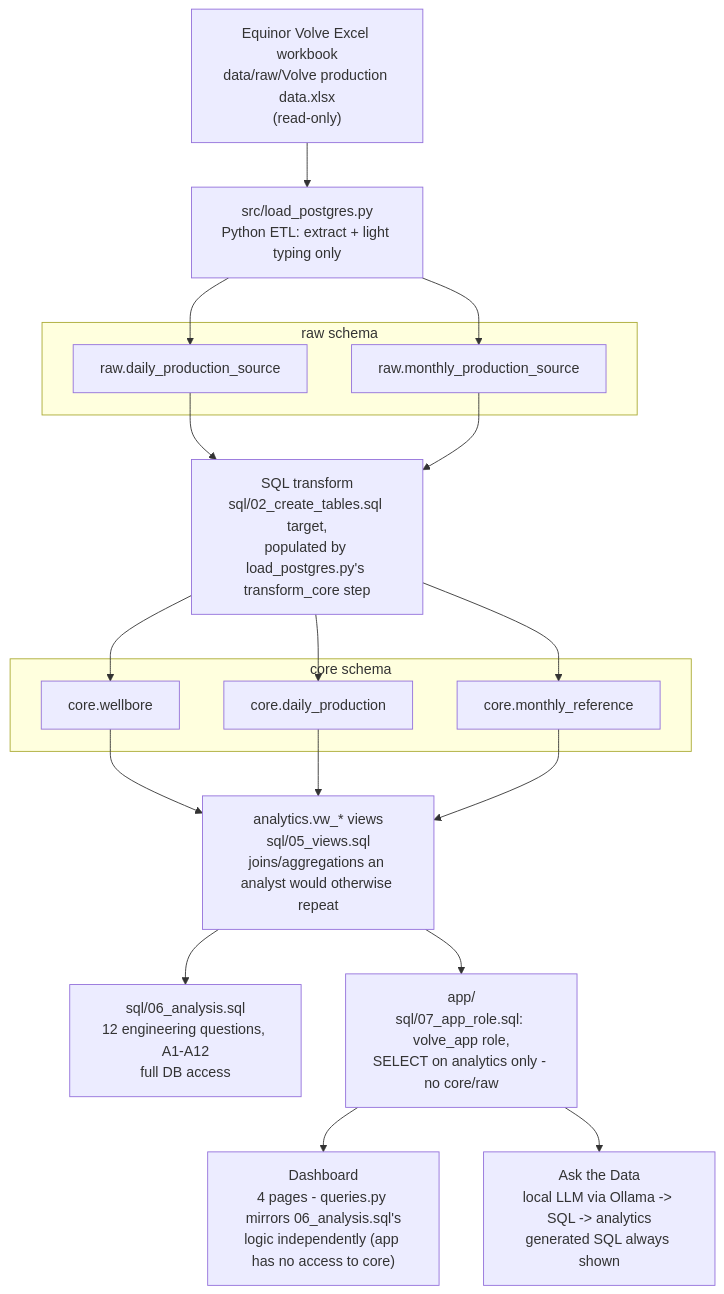
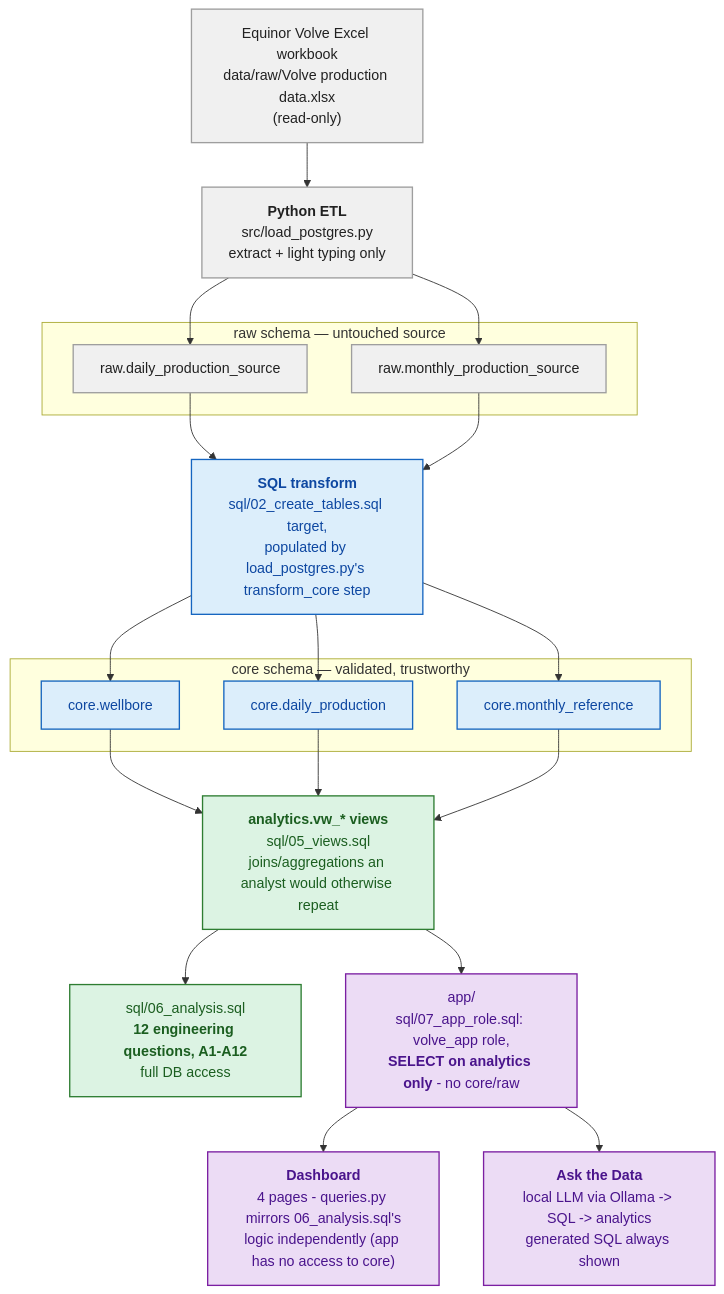
One commit to djimrastephane/Volve_SQL changed the diagram in README.md. Above: the diagram before and after it, drawn with Mermaid. The commit also changed other lines of this file, not shown here.

Commit message:
Make README architecture diagram more accessible
Color-code the Mermaid diagram by pipeline stage (grey=source,
blue=validated core, green=analytics views, purple=user-facing app)
and bold the key step in each node, so the flow reads at a glance
without requiring familiarity with the schema names. Add a short
plain-English summary above the diagram for a non-technical reader
(e.g. a recruiter) before the technical detail.

````diff
--- a/README.md
+++ b/README.md
@@ -134,41 +143,51 @@
 ```mermaid
 flowchart TD
     A["Equinor Volve Excel workbook<br/>data/raw/Volve production data.xlsx<br/>(read-only)"]
-    B["src/load_postgres.py<br/>Python ETL: extract + light typing only"]
+    B["<b>Python ETL</b><br/>src/load_postgres.py<br/>extract + light typing only"]
     A --> B
 
-    subgraph RAW["raw schema"]
+    subgraph RAW["raw schema — untouched source"]
         C1["raw.daily_production_source"]
         C2["raw.monthly_production_source"]
     end
     B --> C1
     B --> C2
 
-    D["SQL transform<br/>sql/02_create_tables.sql target,<br/>populated by load_postgres.py's transform_core step"]
+    D["<b>SQL transform</b><br/>sql/02_create_tables.sql target,<br/>populated by load_postgres.py's transform_core step"]
     C1 --> D
     C2 --> D
 
-    subgraph CORE["core schema"]
+    subgraph CORE["core schema — validated, trustworthy"]
         E1["core.wellbore"]
         E2["core.daily_production"]
         E3["core.monthly_reference"]
     end
     D --> E1
     D --> E2
     D --> E3
 
-    F["analytics.vw_* views<br/>sql/05_views.sql<br/>joins/aggregations an analyst would otherwise repeat"]
+    F["<b>analytics.vw_* views</b><br/>sql/05_views.sql<br/>joins/aggregations an analyst would otherwise repeat"]
     E1 --> F
     E2 --> F
     E3 --> F
 
-    G["sql/06_analysis.sql<br/>12 engineering questions, A1-A12<br/>full DB access"]
-    H["app/<br/>sql/07_app_role.sql: volve_app role,<br/>SELECT on analytics only - no core/raw"]
+    G["sql/06_analysis.sql<br/><b>12 engineering questions, A1-A12</b><br/>full DB access"]
+    H["app/<br/>sql/07_app_role.sql: volve_app role,<br/><b>SELECT on analytics only</b> - no core/raw"]
     F --> G
     F --> H
 
-    I["Dashboard<br/>4 pages - queries.py mirrors 06_analysis.sql's<br/>logic independently (app has no access to core)"]
-    J["Ask the Data<br/>local LLM via Ollama -> SQL -> analytics<br/>generated SQL always shown"]
+    I["<b>Dashboard</b><br/>4 pages - queries.py mirrors 06_analysis.sql's<br/>logic independently (app has no access to core)"]
+    J["<b>Ask the Data</b><br/>local LLM via Ollama -> SQL -> analytics<br/>generated SQL always shown"]
     H --> I
     H --> J
+
+    classDef rawStyle fill:#f0f0f0,stroke:#9e9e9e,color:#212121,stroke-width:1.5px
+    classDef coreStyle fill:#dceefb,stroke:#1565c0,color:#0d47a1,stroke-width:1.5px
+    classDef analyticsStyle fill:#dcf3e3,stroke:#2e7d32,color:#1b5e20,stroke-width:1.5px
+    classDef appStyle fill:#ecdcf5,stroke:#7b1fa2,color:#4a148c,stroke-width:1.5px
+
+    class A,B,C1,C2 rawStyle
+    class D,E1,E2,E3 coreStyle
+    class F,G analyticsStyle
+    class H,I,J appStyle
 ```
````
